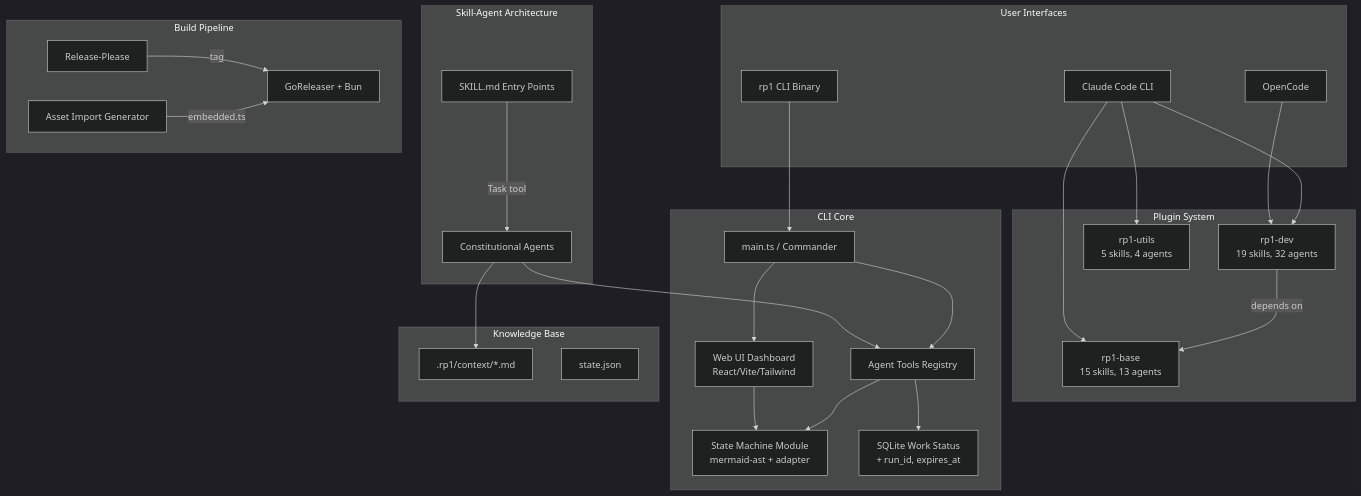
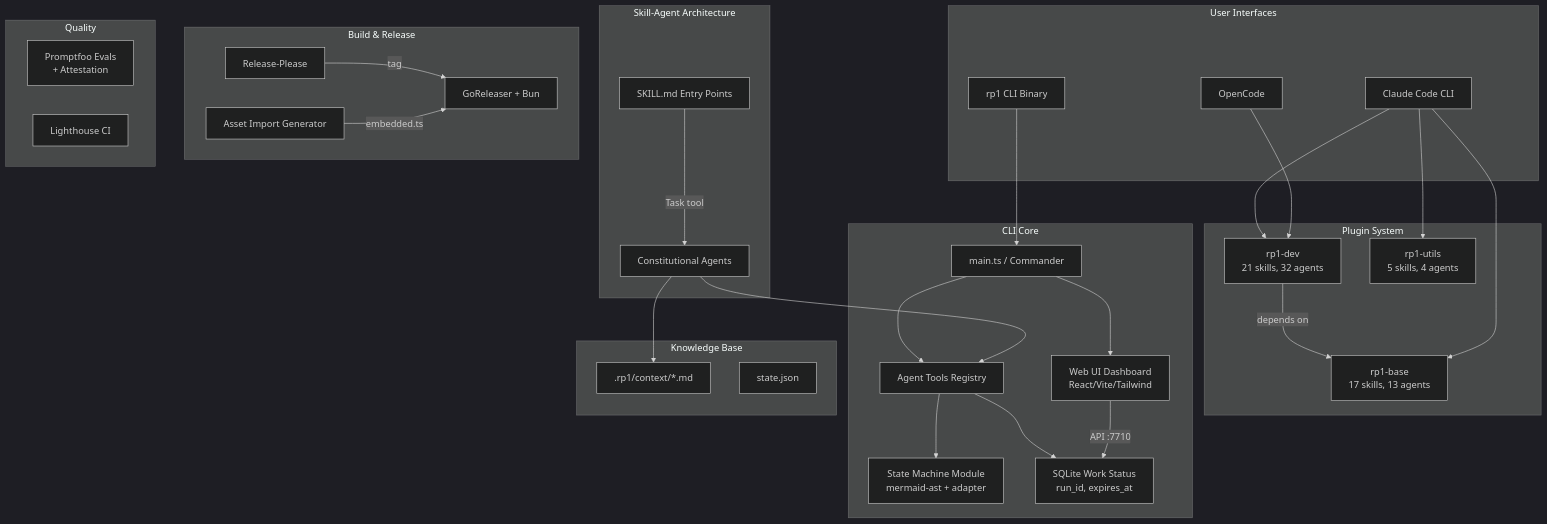
Before and after one commit to rp1-run/rp1: the first of 4 diagrams in .rp1/context/architecture.md, drawn with Mermaid (dark theme). The commit also changed other lines of this file and 5 other files, not shown here.

````diff
--- a/.rp1/context/architecture.md
+++ b/.rp1/context/architecture.md
@@ -9,55 +9,60 @@
 ```mermaid
 graph TB
     subgraph "User Interfaces"
         CC[Claude Code CLI]
         OC[OpenCode]
         CLI[rp1 CLI Binary]
     end
 
     subgraph "Plugin System"
-        Base["rp1-base<br/>15 skills, 13 agents"]
-        Dev["rp1-dev<br/>19 skills, 32 agents"]
+        Base["rp1-base<br/>17 skills, 13 agents"]
+        Dev["rp1-dev<br/>21 skills, 32 agents"]
         Utils["rp1-utils<br/>5 skills, 4 agents"]
         Dev -->|depends on| Base
     end
 
     subgraph "Skill-Agent Architecture"
         Skills[SKILL.md Entry Points]
         Agents[Constitutional Agents]
         Skills -->|Task tool| Agents
     end
 
     subgraph "CLI Core"
         Main[main.ts / Commander]
         AgentTools[Agent Tools Registry]
         SM["State Machine Module<br/>mermaid-ast + adapter"]
         WebUI["Web UI Dashboard<br/>React/Vite/Tailwind"]
-        SQLite["SQLite Work Status<br/>+ run_id, expires_at"]
+        SQLite["SQLite Work Status<br/>run_id, expires_at"]
         Main --> AgentTools
         Main --> WebUI
         AgentTools --> SQLite
         AgentTools --> SM
-        WebUI --> SM
     end
 
     subgraph "Knowledge Base"
         KB[".rp1/context/*.md"]
         State[state.json]
     end
 
-    subgraph "Build Pipeline"
+    subgraph "Build & Release"
         RP[Release-Please]
         GR[GoReleaser + Bun]
         AssetGen[Asset Import Generator]
         RP -->|tag| GR
         AssetGen -->|embedded.ts| GR
+    end
+
+    subgraph "Quality"
+        Evals["Promptfoo Evals<br/>+ Attestation"]
+        LHCI[Lighthouse CI]
     end
 
     CC --> Base
     CC --> Dev
     CC --> Utils
     OC --> Dev
     CLI --> Main
     Agents --> KB
     Agents --> AgentTools
+    WebUI -->|API :7710| SQLite
 ```
````
